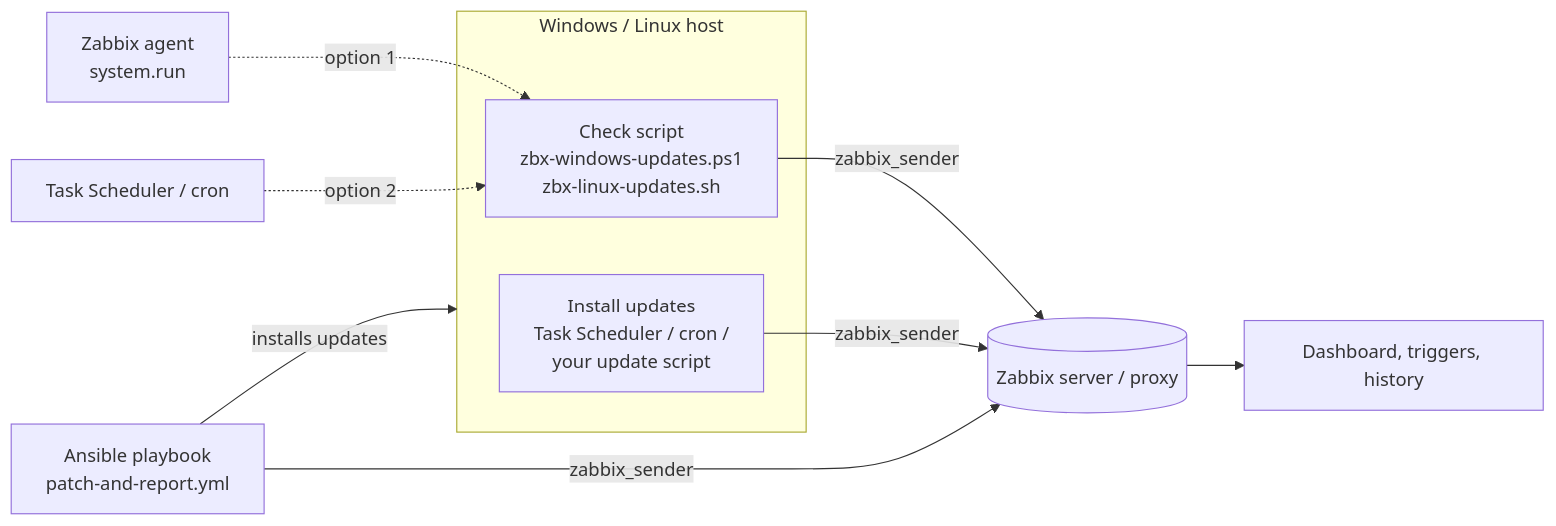
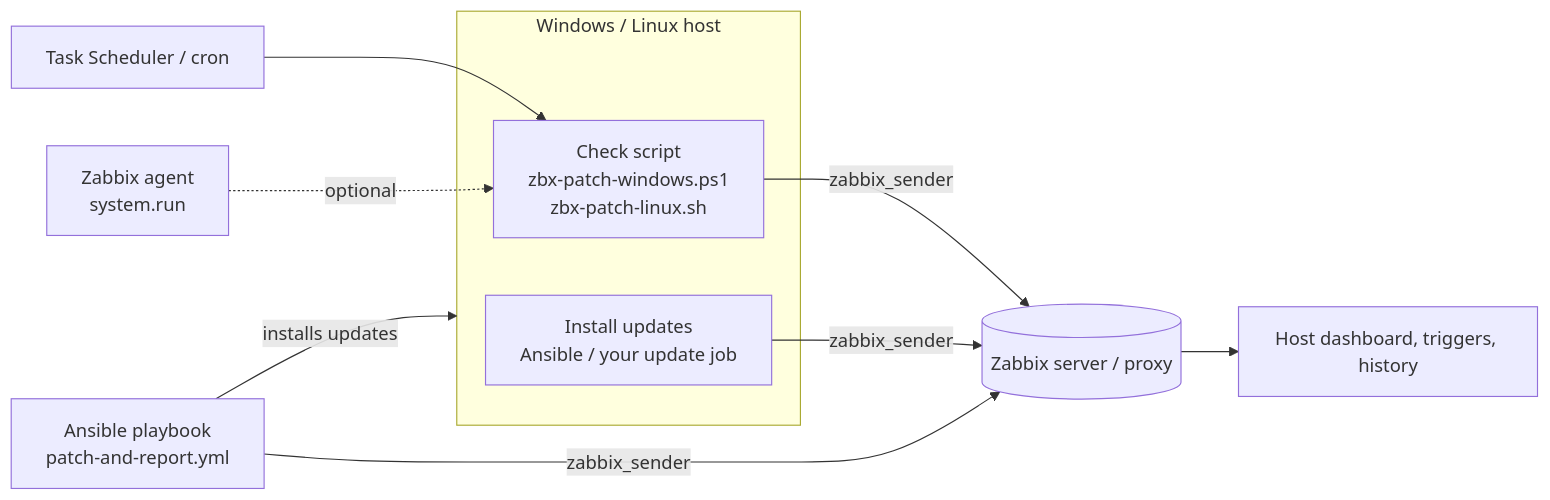
The diagram in README.md (DuprTECH/Zabbix-Patch-Management-Windows-Linux), drawn with Mermaid before and after one commit. The commit also changed other lines of this file and 10 other files, not shown here.

First line of the commit message:
Make the all OS template the main template, add host dashboard

````diff
--- a/README.md
+++ b/README.md
@@ -23,14 +19,14 @@
 ```mermaid
 flowchart LR
     subgraph Host[Windows / Linux host]
-        C[Check script<br/>zbx-windows-updates.ps1<br/>zbx-linux-updates.sh]
-        I[Install updates<br/>Task Scheduler / cron /<br/>your update script]
+        C[Check script<br/>zbx-patch-windows.ps1<br/>zbx-patch-linux.sh]
+        I[Install updates<br/>Ansible / your update job]
     end
-    A[Zabbix agent<br/>system.run] -. option 1 .-> C
-    S[Task Scheduler / cron] -. option 2 .-> C
+    S[Task Scheduler / cron] --> C
+    A[Zabbix agent<br/>system.run] -. optional .-> C
     AN[Ansible playbook<br/>patch-and-report.yml] -->|installs updates| Host
     C -->|zabbix_sender| Z[(Zabbix server / proxy)]
     I -->|zabbix_sender| Z
     AN -->|zabbix_sender| Z
-    Z --> D[Dashboard, triggers, history]
+    Z --> D[Host dashboard, triggers, history]
 ```
````
